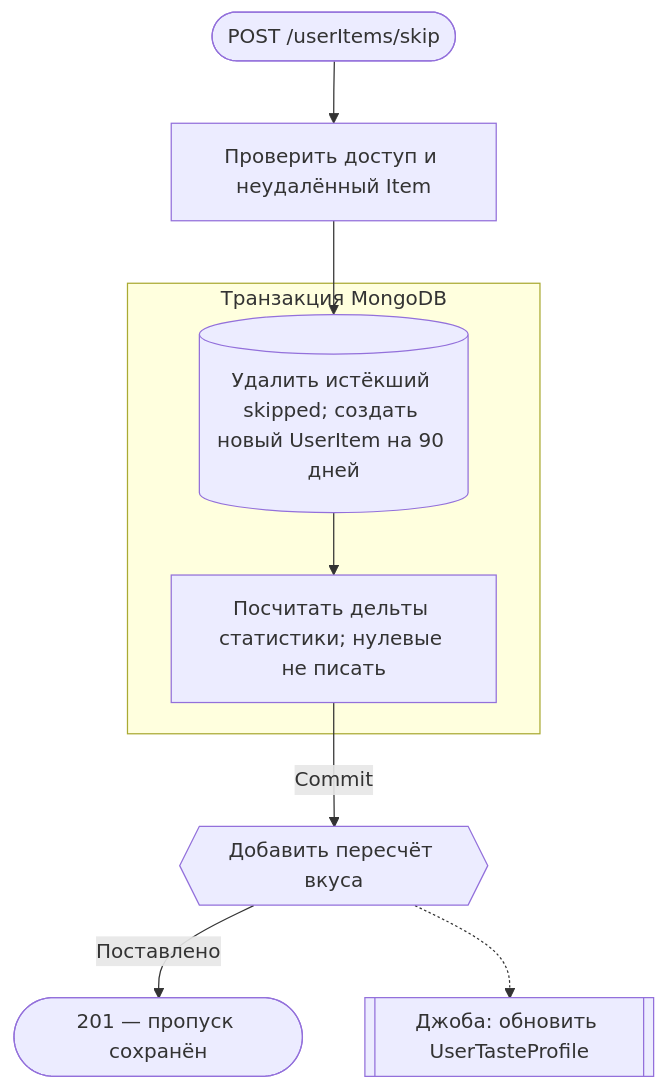
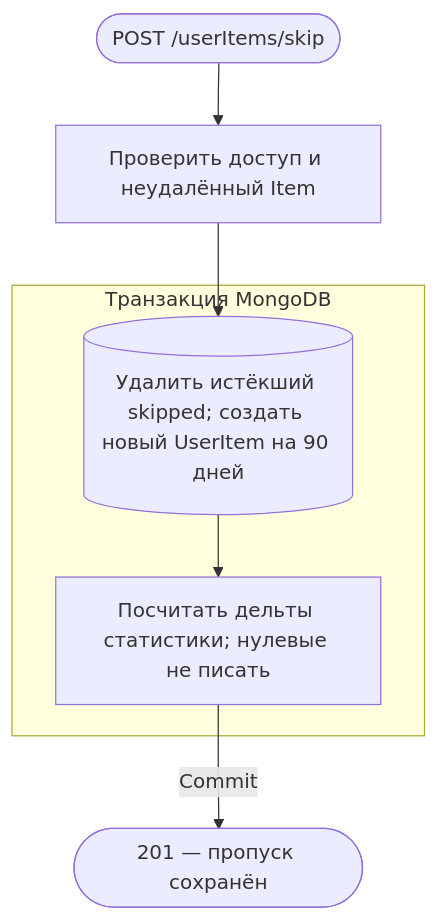
The third of 8 diagrams in apps/api/docs/api/requestFlows/userItems.md (AmyGrooove/f95-tinder), drawn with Mermaid before and after one commit. The commit also changed other lines of this file and 83 other files, not shown here.

````diff
--- a/apps/api/docs/api/requestFlows/userItems.md
+++ b/apps/api/docs/api/requestFlows/userItems.md
@@ -62,14 +60,12 @@
 ```mermaid
 flowchart TD
     accTitle: Пропуск произведения на 90 дней
-    accDescr: Проверить Item, транзакционно создать skipped вместо истёкшего пропуска, после commit поставить пересчёт вкуса
+    accDescr: Проверить Item, транзакционно создать skipped вместо истёкшего пропуска
     A(["POST /userItems/skip"]):::http --> B["Проверить доступ и неудалённый Item"]:::action
     subgraph TX["Транзакция MongoDB"]
         C[("Удалить истёкший skipped; создать новый UserItem на 90 дней")]:::data
         C --> D["Посчитать дельты статистики; нулевые не писать"]:::action
     end
     B --> C
-    D -->|Commit| Q{{"Добавить пересчёт вкуса"}}:::queue
-    Q -->|Поставлено| R(["201 — пропуск сохранён"]):::http
-    Q -.-> J[["Джоба: обновить UserTasteProfile"]]:::job
+    D -->|Commit| R(["201 — пропуск сохранён"]):::http
 ```
````
